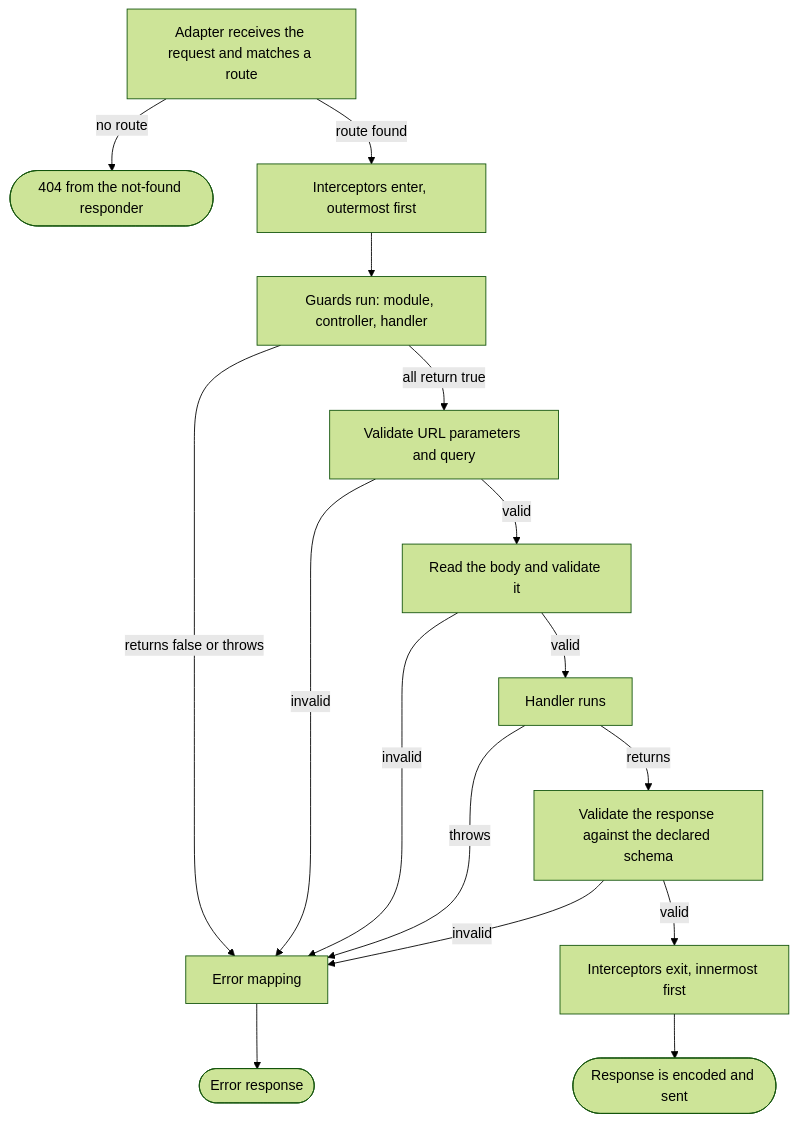
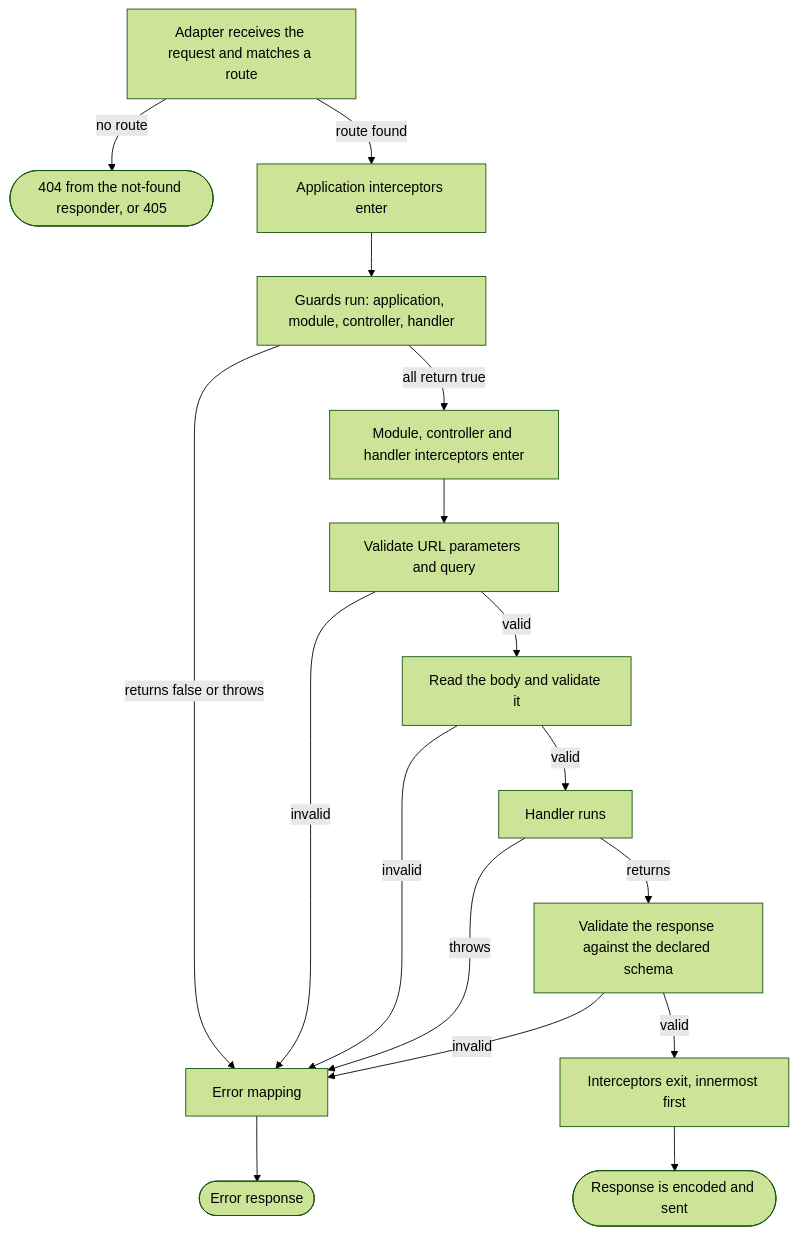
The diagram in apps/docs/content/docs/server/request-lifecycle.md (navios-org/navios), drawn with Mermaid (forest theme) before and after one commit. The commit also changed other lines of this file and 70 other files, not shown here.

````diff
--- a/apps/docs/content/docs/server/request-lifecycle.md
+++ b/apps/docs/content/docs/server/request-lifecycle.md
@@ -11,18 +11,19 @@
 ```mermaid
 flowchart TD
-    A[Adapter receives the request and matches a route] -- no route --> N([404 from the not-found responder])
-    A -- route found --> B[Interceptors enter, outermost first]
-    B --> C[Guards run: module, controller, handler]
+    A[Adapter receives the request and matches a route] -- no route --> N([404 from the not-found responder, or 405])
+    A -- route found --> B[Application interceptors enter]
+    B --> C[Guards run: application, module, controller, handler]
     C -- returns false or throws --> X[Error mapping]
-    C -- all return true --> D[Validate URL parameters and query]
+    C -- all return true --> I[Module, controller and handler interceptors enter]
+    I --> D[Validate URL parameters and query]
     D -- invalid --> X
     D -- valid --> E[Read the body and validate it]
     E -- invalid --> X
     E -- valid --> F[Handler runs]
     F -- throws --> X
     F -- returns --> G[Validate the response against the declared schema]
     G -- invalid --> X
     G -- valid --> H[Interceptors exit, innermost first]
     X --> R([Error response])
     H --> S([Response is encoded and sent])
 ```
````
